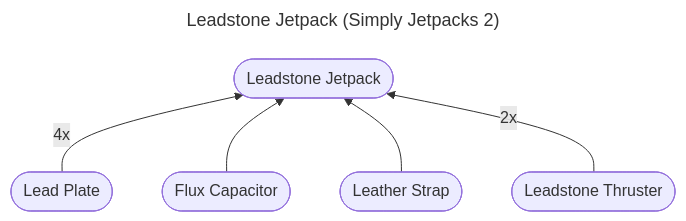
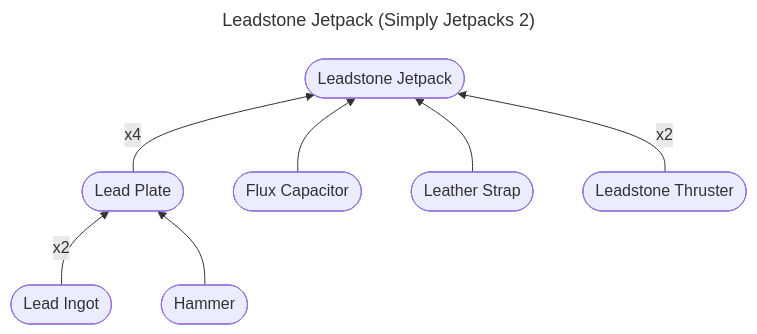
One commit to res0nat0r/minecraft changed the diagram in leadstone-backpack.md. Above: the diagram before and after it, drawn with Mermaid.

````diff
--- a/leadstone-backpack.md
+++ b/leadstone-backpack.md
@@ -1,22 +1,28 @@
 ```mermaid
 ---
 title: Leadstone Jetpack (Simply Jetpacks 2)
 ---
 
 flowchart BT
 
 leadstone-jetpack([Leadstone Jetpack])
 
 lead-plate([Lead Plate])
 flux-capacitor([Flux Capacitor])
 leather-strap([Leather Strap])
 leadstone-thruster([Leadstone Thruster])
 
+lead-ingot([Lead Ingot])
+hammer([Hammer])
+
 %% Tier 1
-lead-plate --> |4x| leadstone-jetpack
+lead-plate --> |x4| leadstone-jetpack
 flux-capacitor --> leadstone-jetpack
 leather-strap --> leadstone-jetpack
-leadstone-thruster --> |2x| leadstone-jetpack
+leadstone-thruster --> |x2| leadstone-jetpack
 
+%% Lead Plate
+lead-ingot --> |x2| lead-plate
+hammer --> lead-plate
 
 ```
````
